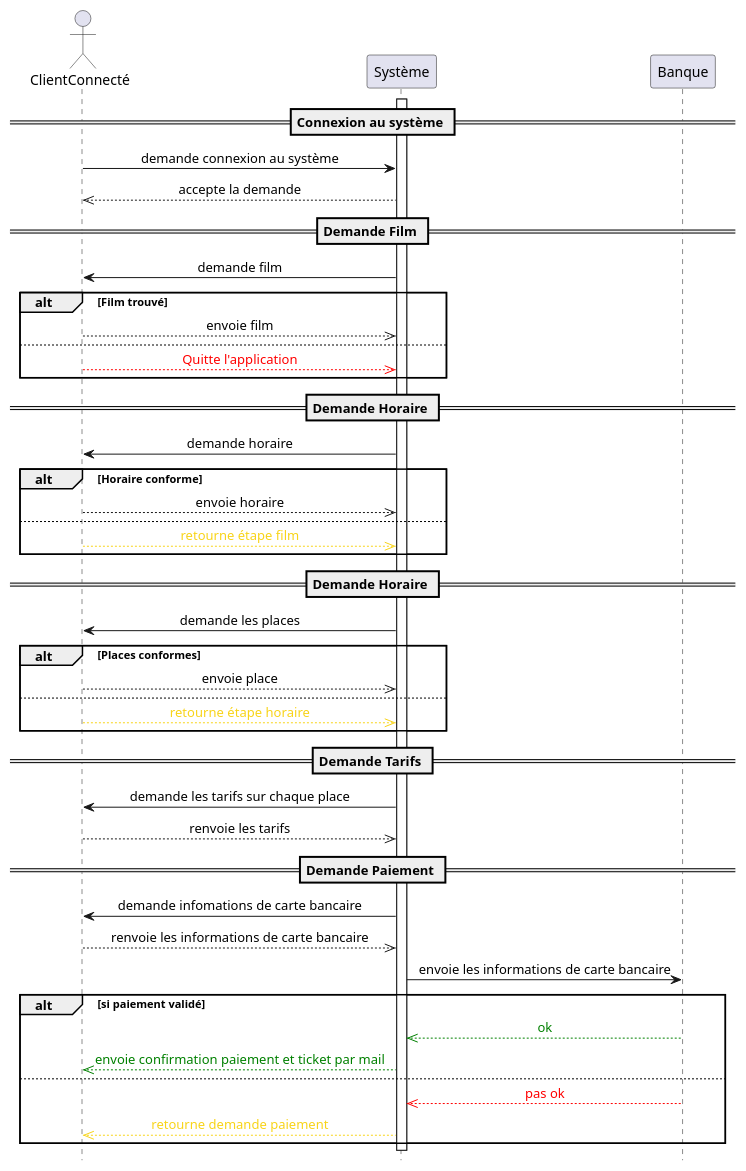
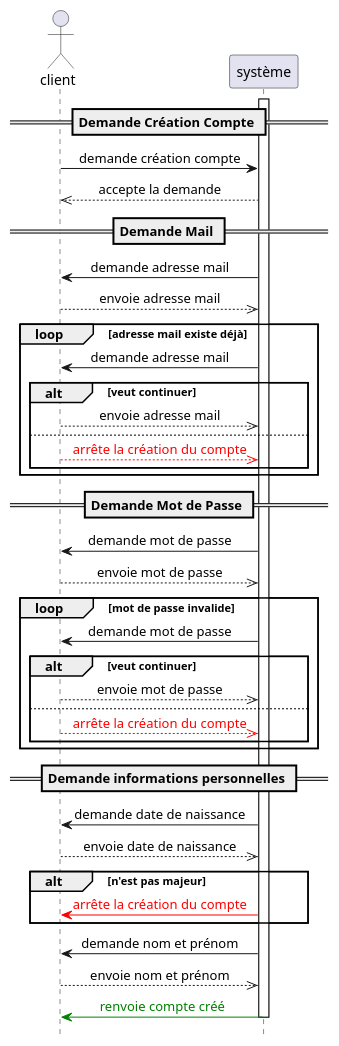
Before and after one commit to AquaBx/omd-tp-1: the diagram in uml/code/2-diagrammeSéquence1.puml, drawn with PlantUML. The commit also changed 6 other files, not shown here.

```diff
--- a/uml/code/2-diagrammeSéquence1.puml
+++ b/uml/code/2-diagrammeSéquence1.puml
@@ -1,68 +1,65 @@
-@startuml RéservationSéance
+@startuml CréationCompte
 
 hide footbox
 skinparam sequenceMessageAlign center
 
-actor ClientConnecté
-participant Système
+actor client
+participant système
 
 
-Activate Système
+Activate système
 
-== Connexion au système ==
+== Demande Création Compte ==
 
-ClientConnecté -> Système : demande connexion au système
-ClientConnecté <<-- Système : accepte la demande
+client -> système : demande création compte
+client <<-- système : accepte la demande
 
-== Demande Film ==
+== Demande Mail ==
 
-ClientConnecté <- Système : demande film
+client <- système : demande adresse mail
+client -->> système : envoie adresse mail
 
-alt Film trouvé 
-    ClientConnecté -->> Système : envoie film
-else 
-    ClientConnecté --[#red]>> Système : <font color="#ff0000">Quitte l'application</font>
+
+loop adresse mail existe déjà
+    client <- système : demande adresse mail
+
+    alt veut continuer 
+        client -->> système : envoie adresse mail
+    else
+        client --[#red]>> système : <font color=red>arrête la création du compte</font>
+    end 
 end
 
-== Demande Horaire ==
+== Demande Mot de Passe ==
 
-ClientConnecté <- Système : demande horaire
+client <- système : demande mot de passe
+client -->> système : envoie mot de passe
 
-alt Horaire conforme
-    ClientConnecté -->> Système : envoie horaire
-else 
-    ClientConnecté --[#f8d419]>> Système : <font color="#f8d419">retourne étape film</font>
+loop mot de passe invalide
+    client <- système : demande mot de passe
+
+    alt veut continuer 
+        client -->> système : envoie mot de passe
+    else
+        client --[#red]>> système : <font color=red>arrête la création du compte</font>
+    end 
 end
 
-== Demande Horaire ==
+== Demande informations personnelles ==
 
-ClientConnecté <- Système : demande les places
 
-alt Places conformes 
-    ClientConnecté -->> Système : envoie place
-else 
-    ClientConnecté --[#f8d419]>> Système : <font color="#f8d419">retourne étape horaire</font>
-end
+client <- système : demande date de naissance
+client -->> système : envoie date de naissance
 
-== Demande Tarifs ==
+alt n'est pas majeur
+    client <[#red]- système :<font color=red>arrête la création du compte</font>
+end 
 
-ClientConnecté <- Système : demande les tarifs sur chaque place
-ClientConnecté -->> Système : renvoie les tarifs
+client <- système : demande nom et prénom
+client -->> système : envoie nom et prénom
 
-== Demande Paiement ==
+client <[#green]- système : <font color=green>renvoie compte créé</font>
 
-ClientConnecté <- Système : demande infomations de carte bancaire
-ClientConnecté -->> Système : renvoie les informations de carte bancaire
-"Système" -> Banque : envoie les informations de carte bancaire
-
-alt si paiement validé
-    "Système" <<[#green]-- Banque : <font color="green">ok</font>
-    ClientConnecté <<[#green]-- Système : <font color="green">envoie confirmation paiement et ticket par mail</font>
-else 
-    "Système" <<[#red]-- Banque : <font color="#ff0000">pas ok</font>
-    ClientConnecté <<[#f8d419]-- "Système" : <font color="#f8d419">retourne demande paiement</font>
-end
-
-Deactivate Système
+Deactivate système
 
 @enduml
```
